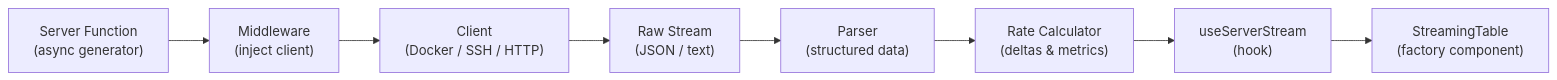
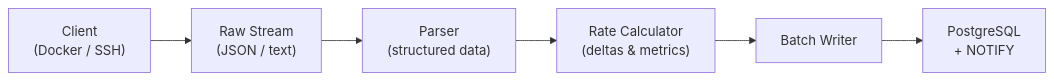
The second of 3 diagrams in README.md (jaredglaser/homelab-manager), drawn with Mermaid before and after one commit. The commit also changed other lines of this file and 16 other files, not shown here.

````diff
--- a/README.md
+++ b/README.md
@@ -83,13 +92,11 @@
 ```mermaid
 flowchart LR
-    SF["Server Function<br/>(async generator)"]
-    MW["Middleware<br/>(inject client)"]
-    CL["Client<br/>(Docker / SSH / HTTP)"]
+    CL["Client<br/>(Docker / SSH)"]
     RS["Raw Stream<br/>(JSON / text)"]
     PA["Parser<br/>(structured data)"]
     RC["Rate Calculator<br/>(deltas & metrics)"]
-    Hook["useServerStream<br/>(hook)"]
-    ST["StreamingTable<br/>(factory component)"]
+    Batch["Batch Writer"]
+    DB["PostgreSQL<br/>+ NOTIFY"]
 
-    SF --> MW --> CL --> RS --> PA --> RC --> Hook --> ST
+    CL --> RS --> PA --> RC --> Batch --> DB
 ```
````
